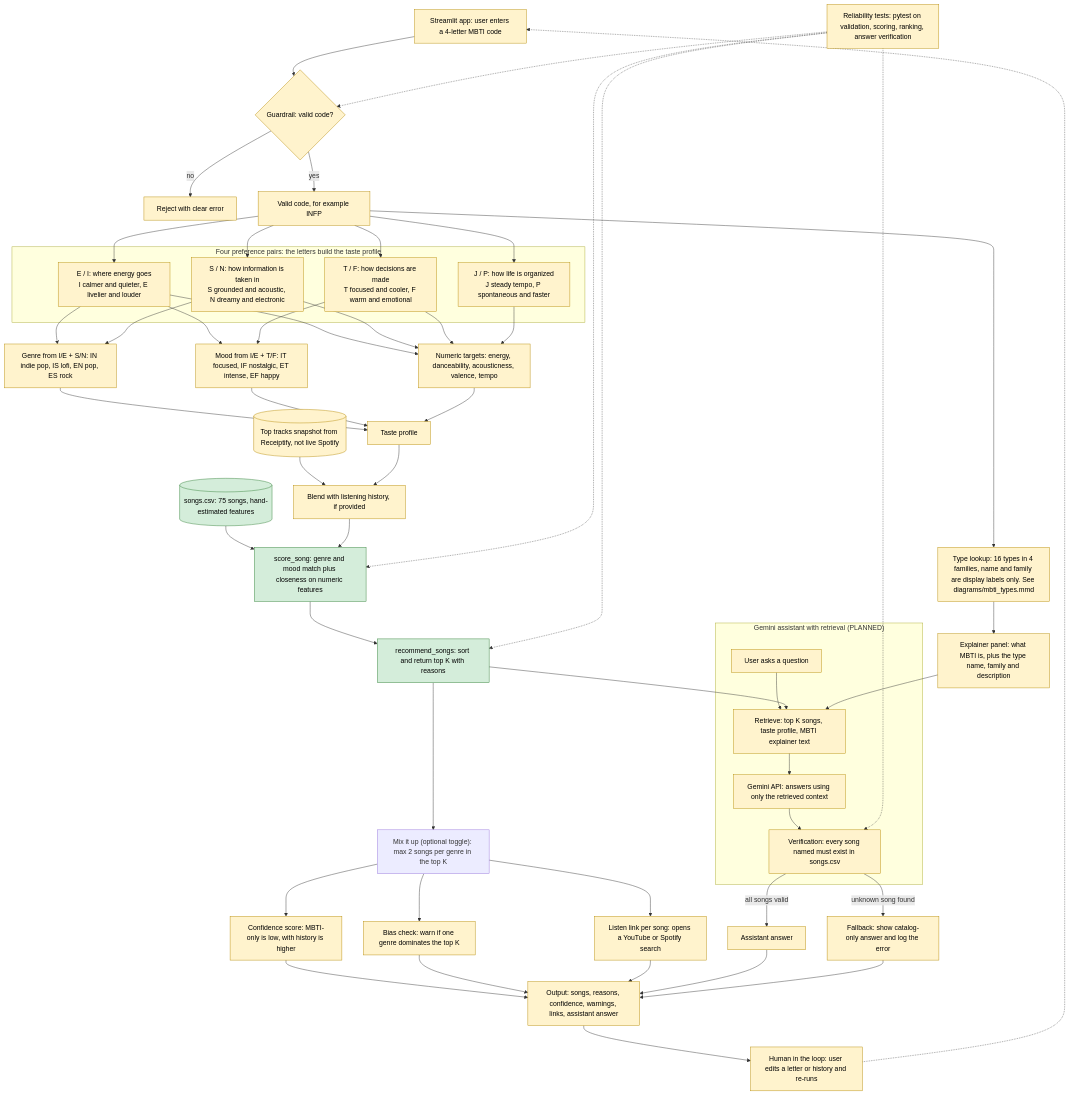
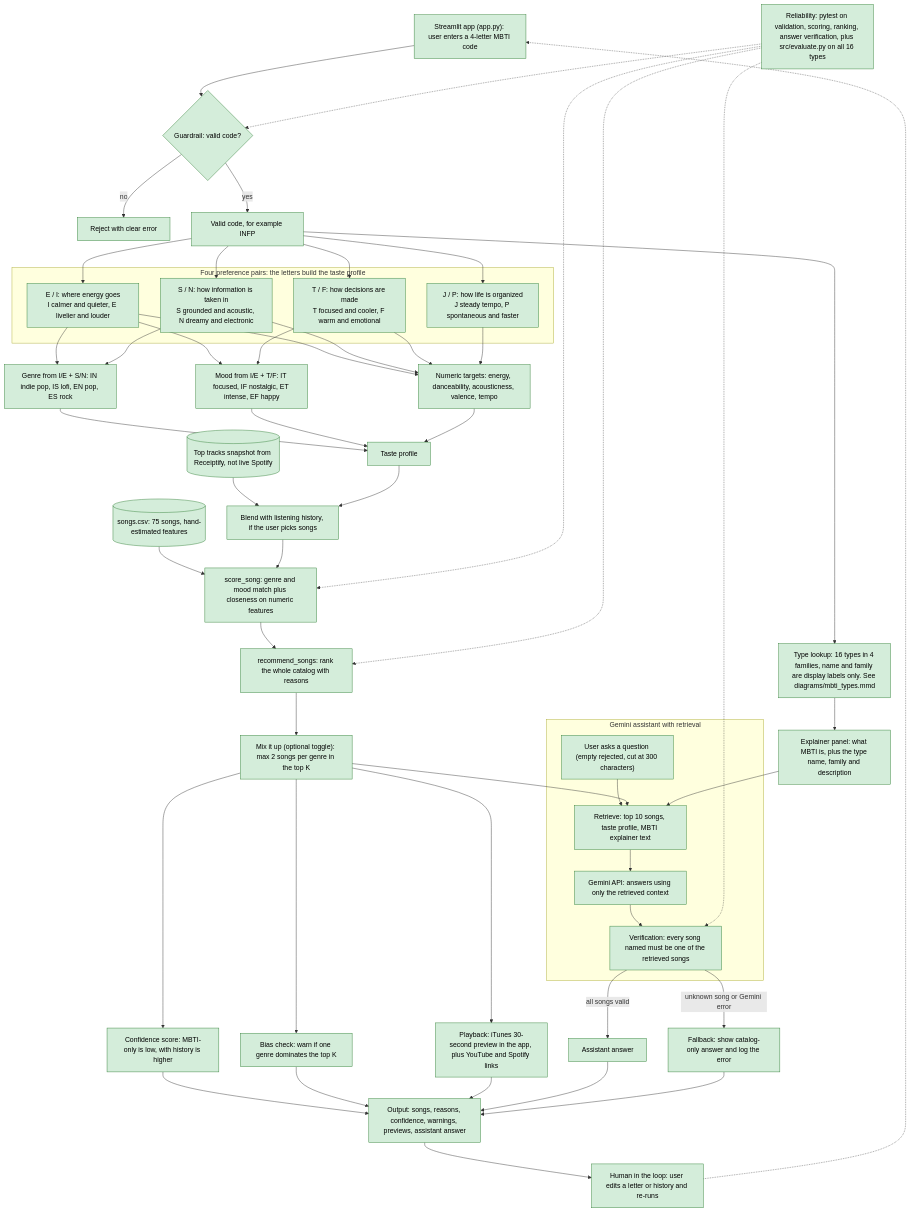
One commit to stylecoff/applied-ai-system-project-music-recommender changed the diagram in diagrams/architecture.mmd. Above: the diagram before and after it, drawn with Mermaid. The commit also changed 6 other files, not shown here.

Commit message:
Final project: docs, diagrams, and model card

```diff
--- a/diagrams/architecture.mmd
+++ b/diagrams/architecture.mmd
@@ -1,76 +1,74 @@
 flowchart TD
-    A["Streamlit app: user enters a 4-letter MBTI code"] --> G1{"Guardrail: valid code?"}
+    A["Streamlit app (app.py): user enters a 4-letter MBTI code"] --> G1{"Guardrail: valid code?"}
     G1 -- "no" --> ERR["Reject with clear error"]
     G1 -- "yes" --> CODE["Valid code, for example INFP"]
 
     subgraph PAIRS["Four preference pairs: the letters build the taste profile"]
         IE["E / I: where energy goes<br/>I calmer and quieter, E livelier and louder"]
         SN["S / N: how information is taken in<br/>S grounded and acoustic, N dreamy and electronic"]
         TF["T / F: how decisions are made<br/>T focused and cooler, F warm and emotional"]
         JP["J / P: how life is organized<br/>J steady tempo, P spontaneous and faster"]
     end
 
     CODE --> IE
     CODE --> SN
     CODE --> TF
     CODE --> JP
 
     IE --> GENRE["Genre from I/E + S/N: IN indie pop, IS lofi, EN pop, ES rock"]
     SN --> GENRE
     IE --> MOOD["Mood from I/E + T/F: IT focused, IF nostalgic, ET intense, EF happy"]
     TF --> MOOD
     IE --> NUM["Numeric targets: energy, danceability, acousticness, valence, tempo"]
     SN --> NUM
     TF --> NUM
     JP --> NUM
     GENRE --> PROFILE["Taste profile"]
     MOOD --> PROFILE
     NUM --> PROFILE
 
     CODE --> TYPEINFO["Type lookup: 16 types in 4 families, name and family are display labels only. See diagrams/mbti_types.mmd"]
     TYPEINFO --> EXPL["Explainer panel: what MBTI is, plus the type name, family and description"]
 
-    HIST[("Top tracks snapshot from Receiptify, not live Spotify")] --> BL["Blend with listening history, if provided"]
+    HIST[("Top tracks snapshot from Receiptify, not live Spotify")] --> BL["Blend with listening history, if the user picks songs"]
     PROFILE --> BL
 
     CSV[("songs.csv: 75 songs, hand-estimated features")] --> SCORE
     BL --> SCORE["score_song: genre and mood match plus closeness on numeric features"]
-    SCORE --> RANK["recommend_songs: sort and return top K with reasons"]
+    SCORE --> RANK["recommend_songs: rank the whole catalog with reasons"]
+    RANK --> DIV["Mix it up (optional toggle): max 2 songs per genre in the top K"]
 
-        RANK --> DIV["Mix it up (optional toggle): max 2 songs per genre in the top K"]
     DIV --> CONF["Confidence score: MBTI-only is low, with history is higher"]
     DIV --> BIAS["Bias check: warn if one genre dominates the top K"]
-    DIV --> LISTEN["Listen link per song: opens a YouTube or Spotify search"]
+    DIV --> LISTEN["Playback: iTunes 30-second preview in the app, plus YouTube and Spotify links"]
 
-    subgraph RAG["Gemini assistant with retrieval (PLANNED)"]
-        ASK["User asks a question"]
-        RET["Retrieve: top K songs, taste profile, MBTI explainer text"]
+    subgraph RAG["Gemini assistant with retrieval"]
+        ASK["User asks a question (empty rejected, cut at 300 characters)"]
+        RET["Retrieve: top 10 songs, taste profile, MBTI explainer text"]
         GEM["Gemini API: answers using only the retrieved context"]
-        VER["Verification: every song named must exist in songs.csv"]
+        VER["Verification: every song named must be one of the retrieved songs"]
     end
 
     ASK --> RET
-    RANK --> RET
+    DIV --> RET
     EXPL --> RET
     RET --> GEM
     GEM --> VER
-    VER -- "unknown song found" --> FALL["Fallback: show catalog-only answer and log the error"]
+    VER -- "unknown song or Gemini error" --> FALL["Fallback: show catalog-only answer and log the error"]
     VER -- "all songs valid" --> ANS["Assistant answer"]
 
-    CONF --> OUT["Output: songs, reasons, confidence, warnings, links, assistant answer"]
+    CONF --> OUT["Output: songs, reasons, confidence, warnings, previews, assistant answer"]
     BIAS --> OUT
     LISTEN --> OUT
     ANS --> OUT
     FALL --> OUT
     OUT --> HITL["Human in the loop: user edits a letter or history and re-runs"]
     HITL -.-> A
 
-    TESTS["Reliability tests: pytest on validation, scoring, ranking, answer verification"] -.-> G1
+    TESTS["Reliability: pytest on validation, scoring, ranking, answer verification, plus src/evaluate.py on all 16 types"] -.-> G1
     TESTS -.-> SCORE
     TESTS -.-> RANK
     TESTS -.-> VER
 
     classDef built fill:#d4edda,stroke:#2e7d32,color:#000
-    classDef planned fill:#fff3cd,stroke:#b58900,color:#000
-    class CSV,SCORE,RANK built
-    class A,G1,ERR,CODE,IE,SN,TF,JP,GENRE,MOOD,NUM,PROFILE,TYPEINFO,EXPL,HIST,BL,CONF,BIAS,LISTEN,ASK,RET,GEM,VER,FALL,ANS,OUT,HITL,TESTS planned
+    class A,G1,ERR,CODE,IE,SN,TF,JP,GENRE,MOOD,NUM,PROFILE,TYPEINFO,EXPL,HIST,BL,CSV,SCORE,RANK,DIV,CONF,BIAS,LISTEN,ASK,RET,GEM,VER,FALL,ANS,OUT,HITL,TESTS built
```
